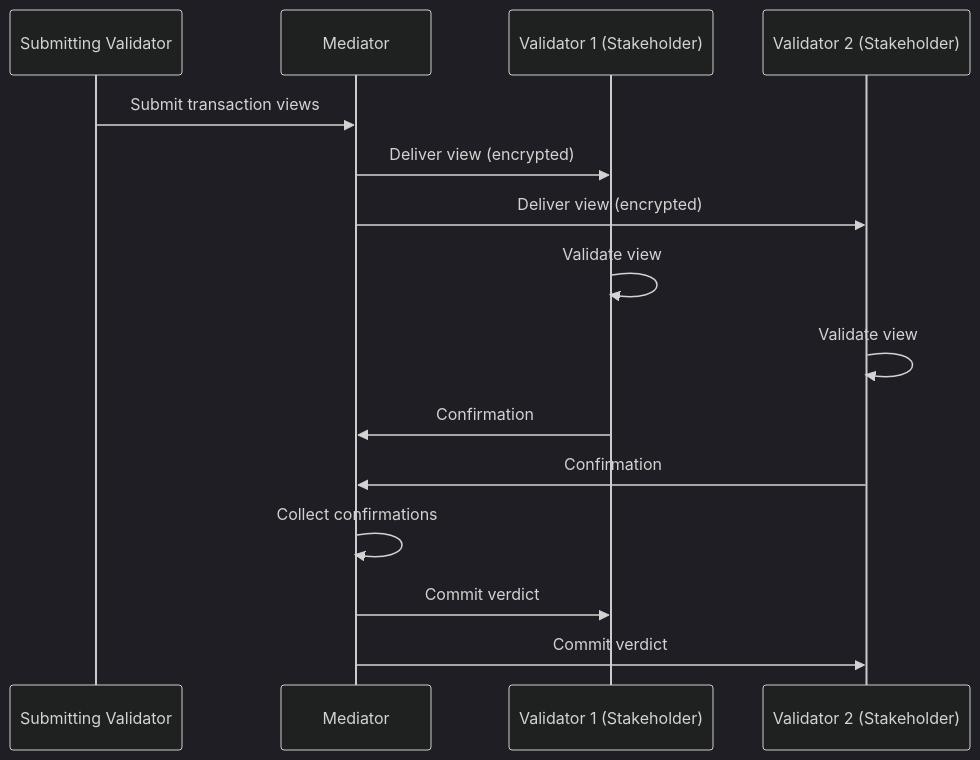
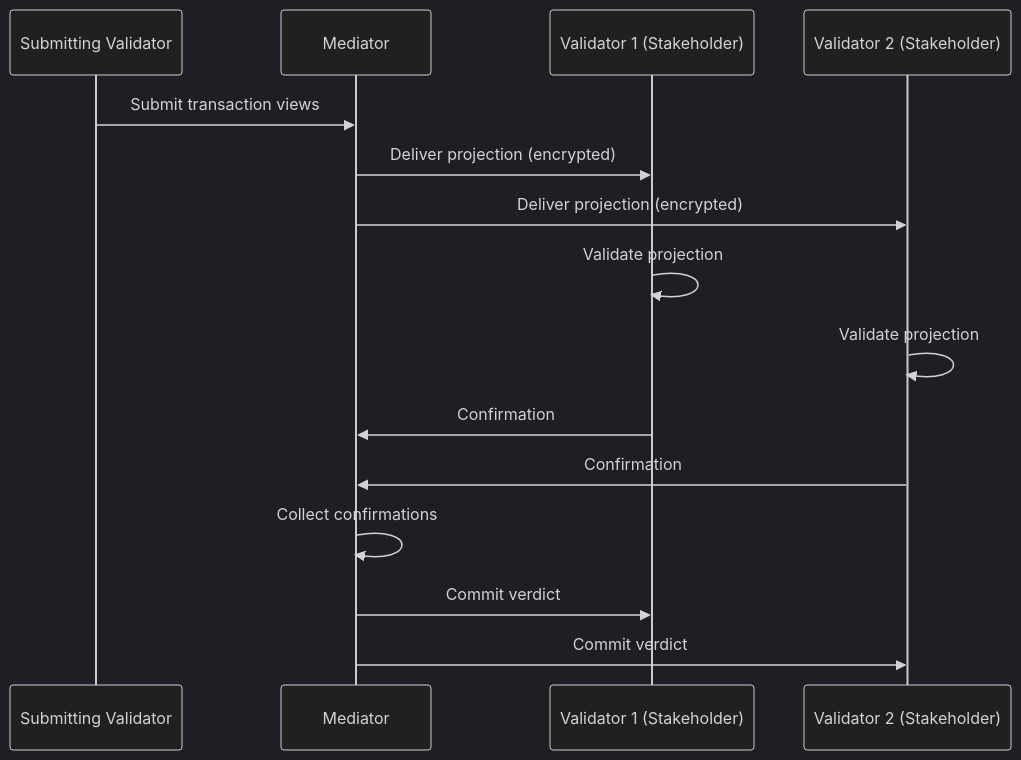
The first of 3 diagrams in docs-main/overview/learn/two-layer-consensus.mdx (canton-network/cf-docs), drawn with Mermaid (dark theme) before and after one commit. The commit also changed other lines of this file, not shown here.

Commit message:
switch smart-contract layer terminology from view to projection

````diff
--- a/docs-main/overview/learn/two-layer-consensus.mdx
+++ b/docs-main/overview/learn/two-layer-consensus.mdx
@@ -29,18 +29,18 @@
 ```mermaid
 sequenceDiagram
     participant Sub as Submitting Validator
     participant Med as Mediator
     participant V1 as Validator 1 (Stakeholder)
     participant V2 as Validator 2 (Stakeholder)
 
     Sub->>Med: Submit transaction views
-    Med->>V1: Deliver view (encrypted)
-    Med->>V2: Deliver view (encrypted)
-    V1->>V1: Validate view
-    V2->>V2: Validate view
+    Med->>V1: Deliver projection (encrypted)
+    Med->>V2: Deliver projection (encrypted)
+    V1->>V1: Validate projection
+    V2->>V2: Validate projection
     V1->>Med: Confirmation
     V2->>Med: Confirmation
     Med->>Med: Collect confirmations
     Med->>V1: Commit verdict
     Med->>V2: Commit verdict
 ```
````
